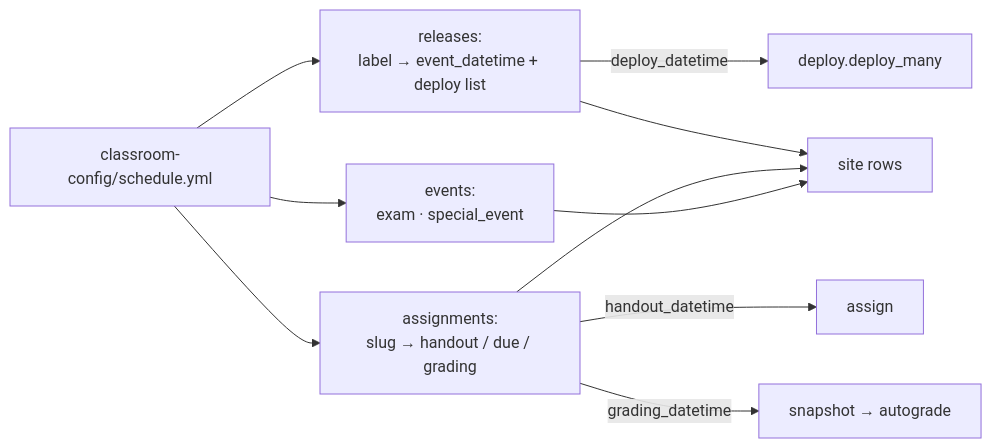
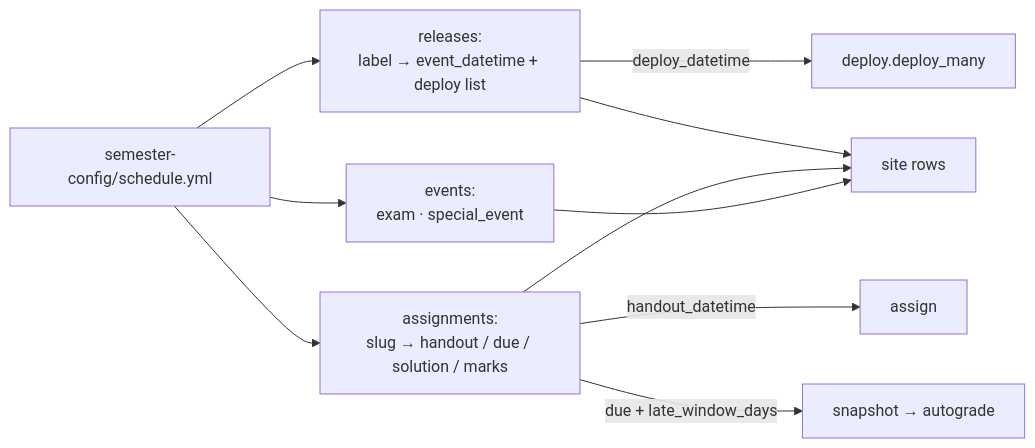
One commit to hertie-data-science-lab/dsl-teaching-toolkit changed the seventh of 10 diagrams in docs-admin-arch/architecture.md. Above: the diagram before and after it, drawn with Mermaid. The commit also changed other lines of this file and 290 other files, not shown here.

````diff
--- a/docs-admin-arch/architecture.md
+++ b/docs-admin-arch/architecture.md
@@ -340,16 +342,16 @@
 ```mermaid
 flowchart LR
-  s["classroom-config/schedule.yml"]
+  s["semester-config/schedule.yml"]
   s --> r["`releases:
 label → event_datetime + deploy list`"]
   s --> a["`assignments:
-slug → handout / due / grading`"]
+slug → handout / due / solution / marks`"]
   s --> e["`events:
 exam · special_event`"]
   r -->|"deploy_datetime"| dep["deploy.deploy_many"]
   a -->|"handout_datetime"| asg["assign"]
-  a -->|"grading_datetime"| col["snapshot → autograde"]
+  a -->|"due + late_window_days"| col["snapshot → autograde"]
   r --> site["site rows"]
   a --> site
   e --> site
 ```
````
